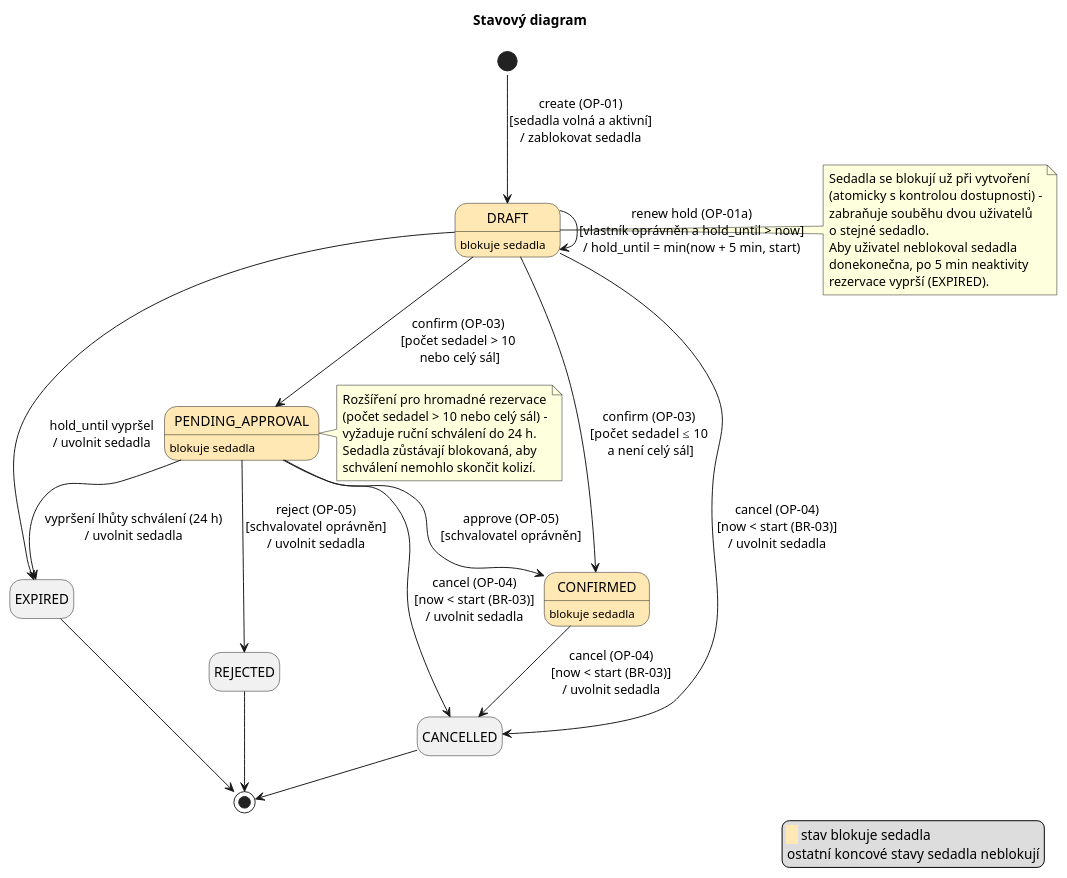
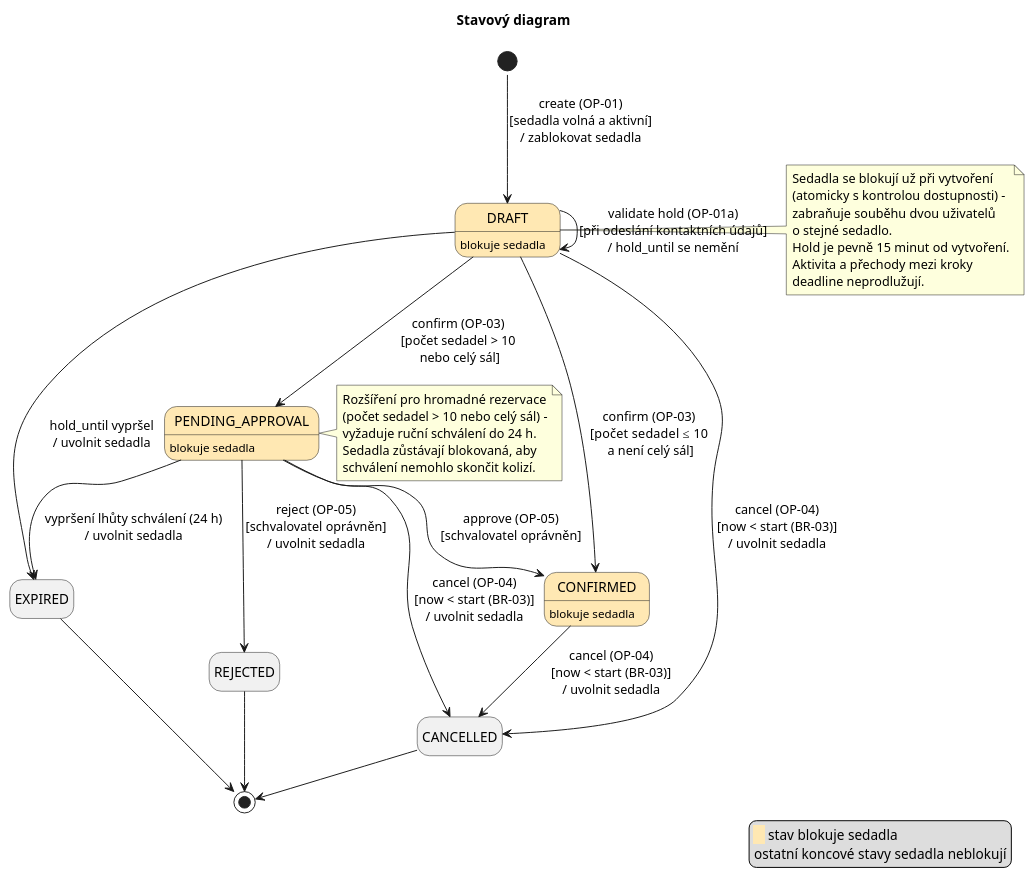
One commit to jn-flk/SWI changed the diagram in docs/diagrams/c02/state.puml. Above: the diagram before and after it, drawn with PlantUML. The commit also changed 18 other files, not shown here.

```diff
--- a/docs/diagrams/c02/state.puml
+++ b/docs/diagrams/c02/state.puml
@@ -1,54 +1,54 @@
 @startuml
 !pragma layout smetana
 title Stavový diagram
 hide empty description
 
 state DRAFT #FFE8B3 : blokuje sedadla
 state PENDING_APPROVAL #FFE8B3 : blokuje sedadla
 state CONFIRMED #FFE8B3 : blokuje sedadla
 state REJECTED
 state EXPIRED
 state CANCELLED
 
 [*] --> DRAFT : create (OP-01)\n[sedadla volná a aktivní]\n/ zablokovat sedadla
 
 DRAFT --> CONFIRMED : confirm (OP-03)\n[počet sedadel ≤ 10\n a není celý sál]
 DRAFT --> PENDING_APPROVAL : confirm (OP-03)\n[počet sedadel > 10\n nebo celý sál]
-DRAFT --> DRAFT : renew hold (OP-01a)\n[vlastník oprávněn a hold_until > now]\n/ hold_until = min(now + 5 min, start)
+DRAFT --> DRAFT : validate hold (OP-01a)\n[při odeslání kontaktních údajů]\n/ hold_until se nemění
 DRAFT --> CANCELLED : cancel (OP-04)\n[now < start (BR-03)]\n/ uvolnit sedadla
 DRAFT --> EXPIRED : hold_until vypršel\n/ uvolnit sedadla
 
 PENDING_APPROVAL --> CONFIRMED : approve (OP-05)\n[schvalovatel oprávněn]
 PENDING_APPROVAL --> REJECTED : reject (OP-05)\n[schvalovatel oprávněn]\n/ uvolnit sedadla
 PENDING_APPROVAL --> EXPIRED : vypršení lhůty schválení (24 h)\n/ uvolnit sedadla
 PENDING_APPROVAL --> CANCELLED : cancel (OP-04)\n[now < start (BR-03)]\n/ uvolnit sedadla
 
 CONFIRMED --> CANCELLED : cancel (OP-04)\n[now < start (BR-03)]\n/ uvolnit sedadla
 
 REJECTED --> [*]
 EXPIRED --> [*]
 CANCELLED --> [*]
 
 note right of DRAFT
   Sedadla se blokují už při vytvoření
   (atomicky s kontrolou dostupnosti) –
   zabraňuje souběhu dvou uživatelů
   o stejné sedadlo.
-  Aby uživatel neblokoval sedadla
-  donekonečna, po 5 min neaktivity
-  rezervace vyprší (EXPIRED).
+  Hold je pevně 15 minut od vytvoření.
+  Aktivita a přechody mezi kroky
+  deadline neprodlužují.
 end note
 
 note right of PENDING_APPROVAL
   Rozšíření pro hromadné rezervace
   (počet sedadel > 10 nebo celý sál) –
   vyžaduje ruční schválení do 24 h.
   Sedadla zůstávají blokovaná, aby
   schválení nemohlo skončit kolizí.
 end note
 
 legend right
   <back:#FFE8B3>   </back> stav blokuje sedadla
   ostatní koncové stavy sedadla neblokují
 endlegend
 @enduml
```
